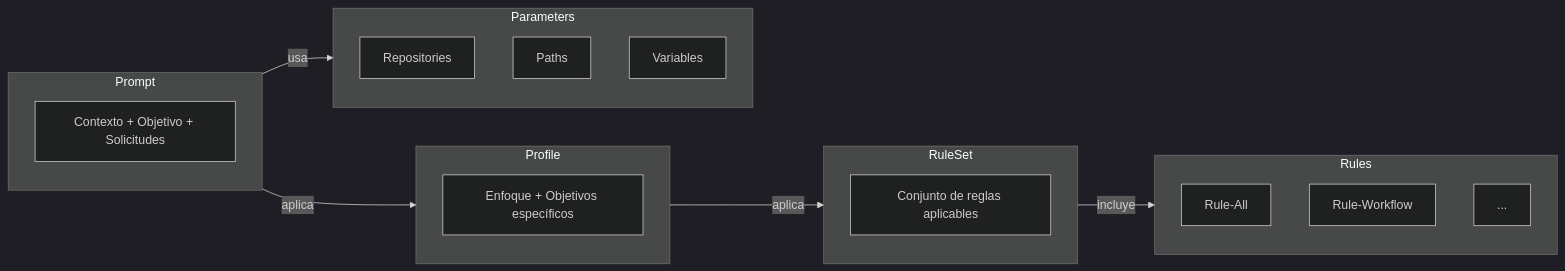
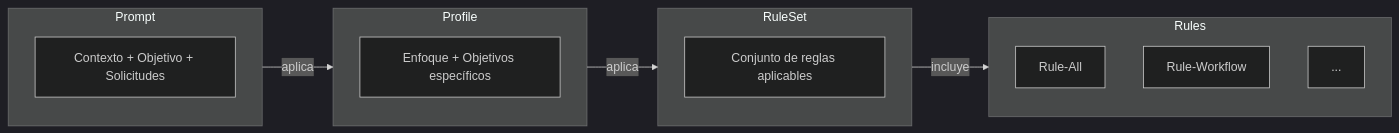
The second of 4 diagrams in PromptFramework/Guides/Readme.md (Aplicada-Streaming/IA.Prompting.Templates), drawn with Mermaid (dark theme) before and after one commit. The commit also changed other lines of this file and 31 other files, not shown here.

````diff
--- a/PromptFramework/Guides/Readme.md
+++ b/PromptFramework/Guides/Readme.md
@@ -215,26 +193,20 @@
 ```mermaid
 graph LR
     subgraph Prompt
         C[Contexto + Objetivo + Solicitudes]
     end
     subgraph Profile
         EN[Enfoque + Objetivos específicos]
     end
     subgraph RuleSet
         RL[Conjunto de reglas aplicables]
     end
     subgraph Rules
         R1[Rule-All]
         R2[Rule-Workflow]
         R3[...]
     end
-    subgraph Parameters
-        P1[Repositories]
-        P2[Paths]
-        P3[Variables]
-    end
     Prompt -->|aplica| Profile
-    Prompt -->|usa| Parameters
     Profile -->|aplica| RuleSet
     RuleSet -->|incluye| Rules
 ```
````
